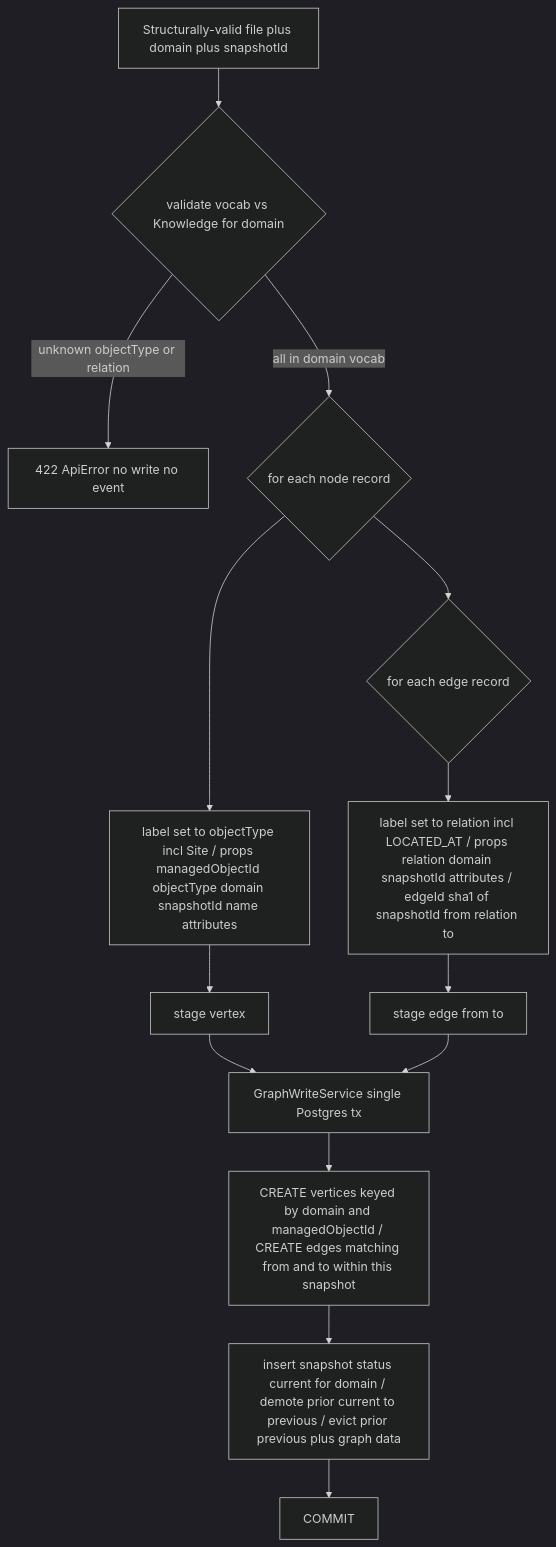
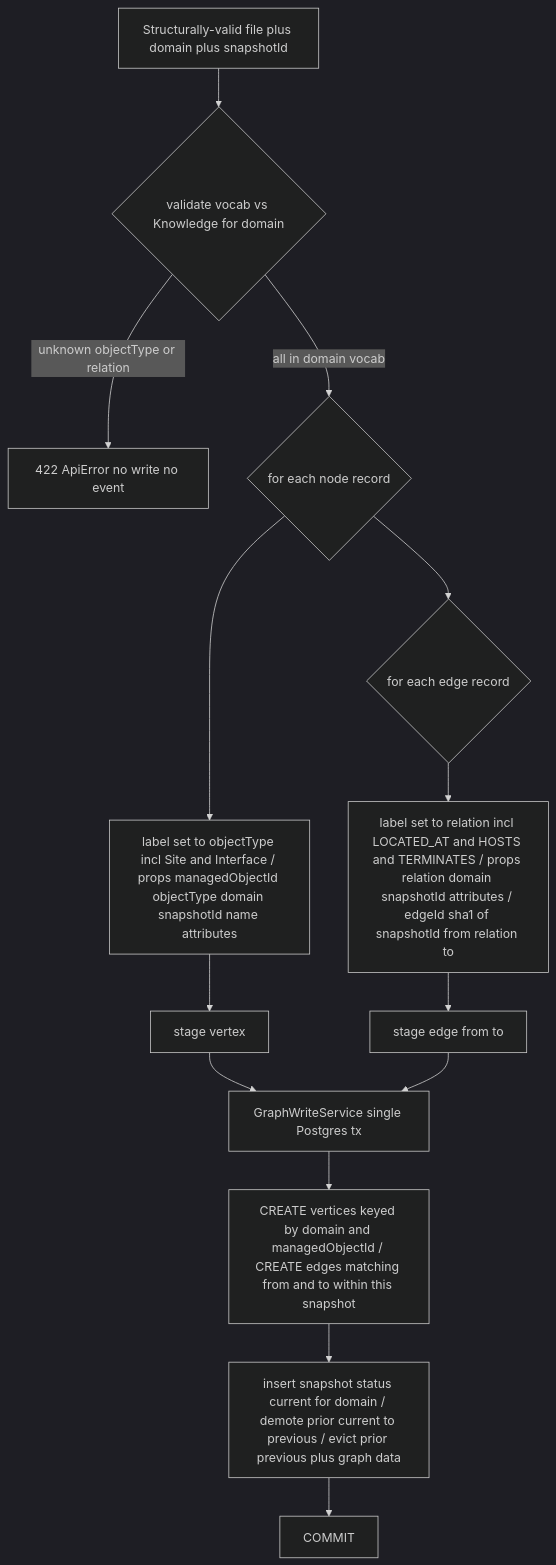
The ninth of 10 diagrams in services/topology/design.md (nikhilmohan/correlation-platform), drawn with Mermaid (dark theme) before and after one commit. The commit also changed other lines of this file, not shown here.

Commit message:
design(topology): add Interface object type + HOSTS/TERMINATES (Core-IP vocabulary)

````diff
--- a/services/topology/design.md
+++ b/services/topology/design.md
@@ -589,16 +639,16 @@
 ```mermaid
 flowchart TD
   A[Structurally-valid file plus domain plus snapshotId] --> V{validate vocab vs Knowledge for domain}
   V -- unknown objectType or relation --> R[422 ApiError no write no event]
   V -- all in domain vocab --> B{for each node record}
-  B --> C[label set to objectType incl Site / props managedObjectId objectType domain snapshotId name attributes]
+  B --> C[label set to objectType incl Site and Interface / props managedObjectId objectType domain snapshotId name attributes]
   C --> D[stage vertex]
   B --> E{for each edge record}
-  E --> F[label set to relation incl LOCATED_AT / props relation domain snapshotId attributes / edgeId sha1 of snapshotId from relation to]
+  E --> F[label set to relation incl LOCATED_AT and HOSTS and TERMINATES / props relation domain snapshotId attributes / edgeId sha1 of snapshotId from relation to]
   F --> G[stage edge from to]
   D --> H[GraphWriteService single Postgres tx]
   G --> H
   H --> I[CREATE vertices keyed by domain and managedObjectId / CREATE edges matching from and to within this snapshot]
   I --> J[insert snapshot status current for domain / demote prior current to previous / evict prior previous plus graph data]
   J --> K[COMMIT]
 ```
````
